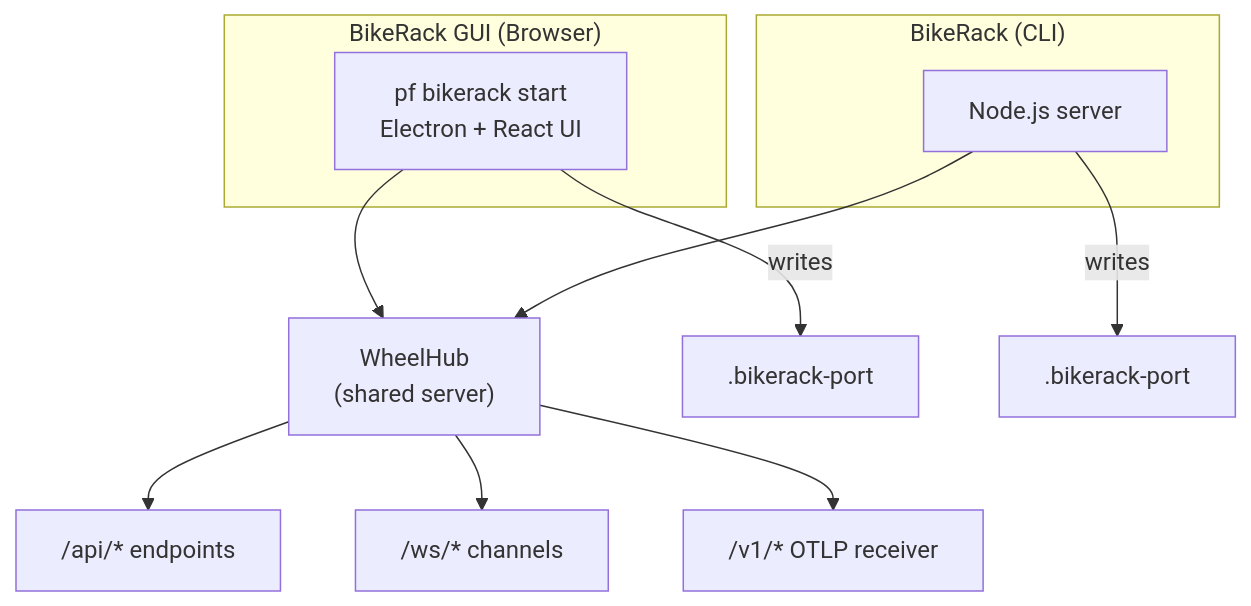
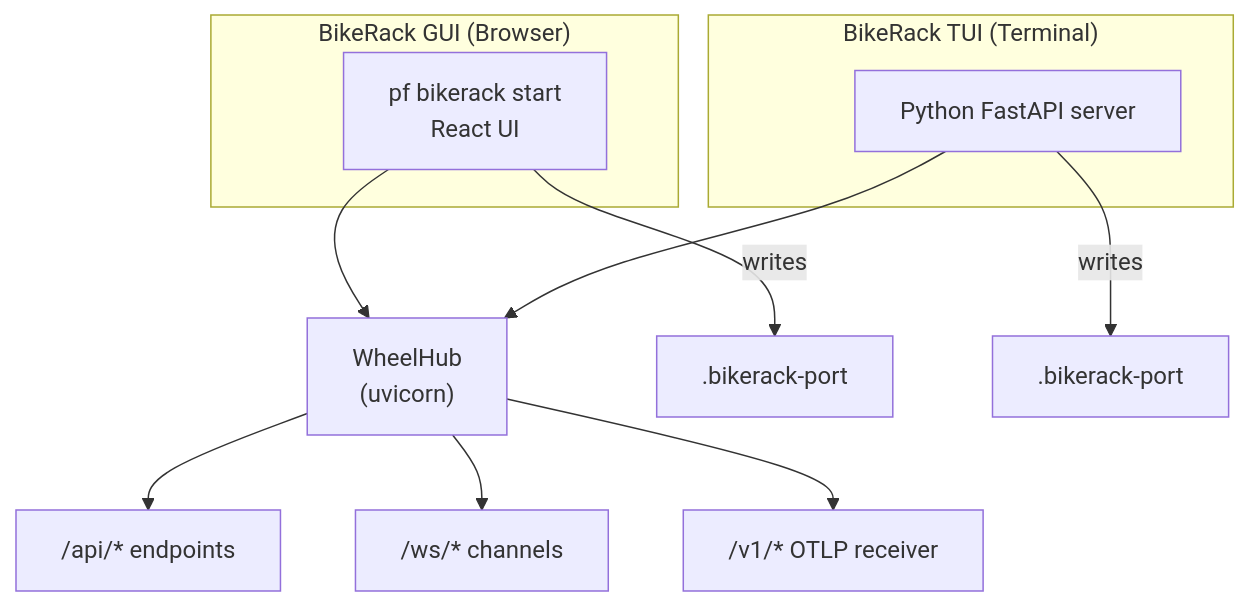
One commit to slabgorb/pennyfarthing changed the second of 2 diagrams in docs/USER-GUIDE.md. Above: the diagram before and after it, drawn with Mermaid. The commit also changed other lines of this file and 17 other files, not shown here.

First line of the commit message:
docs: remove stale Node.js/Express references after Python WheelHub migration

````diff
--- a/docs/USER-GUIDE.md
+++ b/docs/USER-GUIDE.md
@@ -225,19 +225,19 @@
 ```mermaid
 graph TB
     subgraph "BikeRack GUI (Browser)"
-        C["pf bikerack start<br/>Electron + React UI"]
+        C["pf bikerack start<br/>React UI"]
     end
-    subgraph "BikeRack (CLI)"
-        BR["Node.js server"]
+    subgraph "BikeRack TUI (Terminal)"
+        BR["Python FastAPI server"]
     end
 
-    C --> WH["WheelHub<br/>(shared server)"]
+    C --> WH["WheelHub<br/>(uvicorn)"]
     BR --> WH
 
     C -- "writes" --> BP2[".bikerack-port"]
     BR -- "writes" --> BP[".bikerack-port"]
 
     WH --> API["/api/* endpoints"]
     WH --> WS["/ws/* channels"]
     WH --> OTLP["/v1/* OTLP receiver"]
 ```
````
